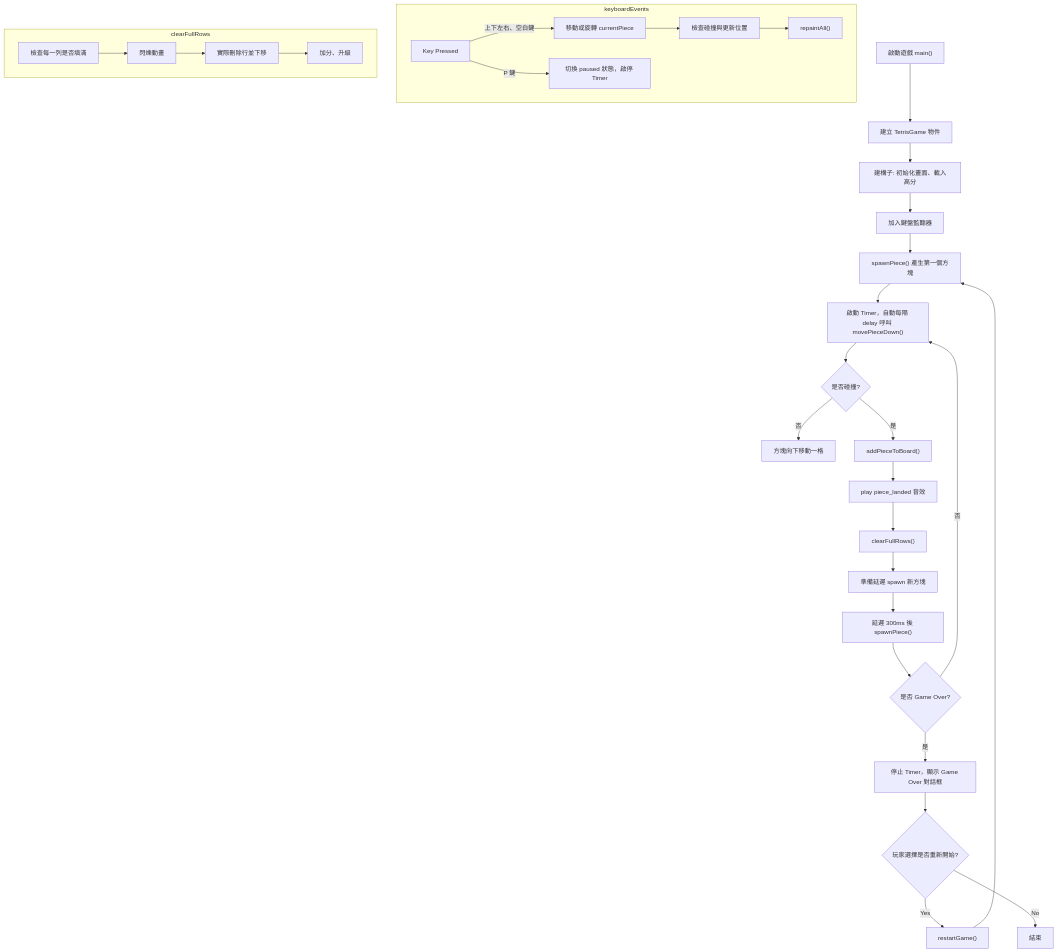
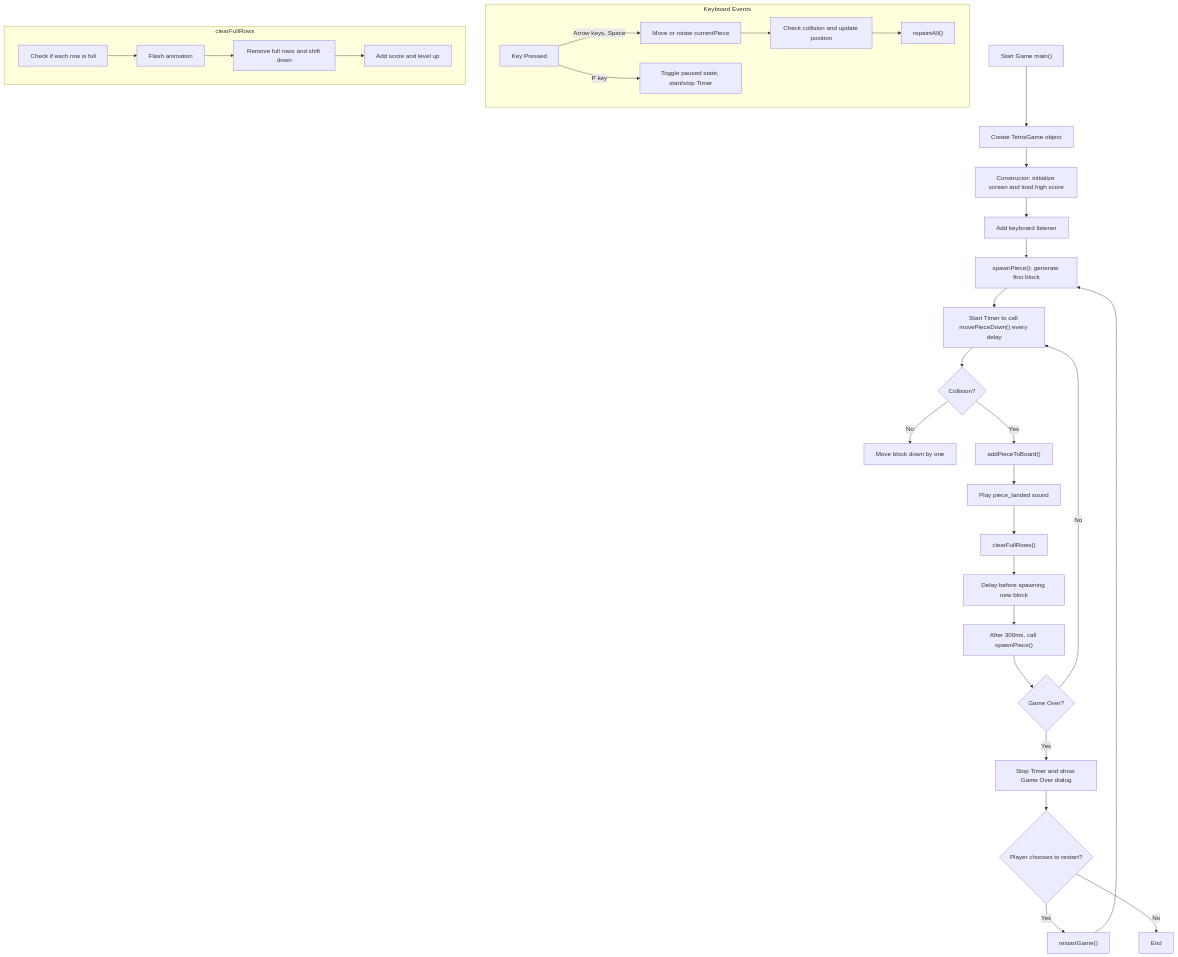
Before and after one commit to KamuiFan/JavaFinalProject: the diagram in README.md, drawn with Mermaid.

Commit message:
Update README.md
修改為英文

````diff
--- a/README.md
+++ b/README.md
@@ -1,39 +1,39 @@
 ```mermaid
 flowchart TD
-    A["啟動遊戲 main()"] --> B["建立 TetrisGame 物件"]
-    B --> C["建構子: 初始化畫面、載入高分"]
-    C --> D["加入鍵盤監聽器"]
-    D --> E["spawnPiece() 產生第一個方塊"]
-    E --> F["啟動 Timer，自動每隔 delay 呼叫 movePieceDown()"]
+    A["Start Game main()"] --> B["Create TetrisGame object"]
+    B --> C["Constructor: initialize screen and load high score"]
+    C --> D["Add keyboard listener"]
+    D --> E["spawnPiece(): generate first block"]
+    E --> F["Start Timer to call movePieceDown() every delay"]
 
-    subgraph keyboardEvents
-        K1["Key Pressed"] --> |上下左右、空白鍵| K2["移動或旋轉 currentPiece"]
-        K2 --> K3["檢查碰撞與更新位置"]
+    subgraph Keyboard Events
+        K1["Key Pressed"] --> |Arrow keys, Space| K2["Move or rotate currentPiece"]
+        K2 --> K3["Check collision and update position"]
         K3 --> K4["repaintAll()"]
-        K1 --> |P 鍵| K5["切換 paused 狀態，啟停 Timer"]
+        K1 --> |P key| K5["Toggle paused state, start/stop Timer"]
     end
 
-    F --> G{是否碰撞?}
-    G --> |否| H["方塊向下移動一格"]
-    G --> |是| I["addPieceToBoard()"]
-    I --> J["play piece_landed 音效"]
+    F --> G{Collision?}
+    G --> |No| H["Move block down by one"]
+    G --> |Yes| I["addPieceToBoard()"]
+    I --> J["Play piece_landed sound"]
     J --> K["clearFullRows()"]
-    K --> L["準備延遲 spawn 新方塊"]
+    K --> L["Delay before spawning new block"]
 
-    L --> M["延遲 300ms 後 spawnPiece()"]
-    M --> N{是否 Game Over?}
-    N --> |否| F
-    N --> |是| O["停止 Timer，顯示 Game Over 對話框"]
+    L --> M["After 300ms, call spawnPiece()"]
+    M --> N{Game Over?}
+    N --> |No| F
+    N --> |Yes| O["Stop Timer and show Game Over dialog"]
 
-    O --> P{玩家選擇是否重新開始?}
+    O --> P{Player chooses to restart?}
     P --> |Yes| Q["restartGame()"]
     Q --> E
-    P --> |No| R["結束"]
+    P --> |No| R["End"]
 
     subgraph clearFullRows
-        K1c["檢查每一列是否填滿"] --> K2c["閃爍動畫"]
-        K2c --> K3c["實際刪除行並下移"]
-        K3c --> K4c["加分、升級"]
+        K1c["Check if each row is full"] --> K2c["Flash animation"]
+        K2c --> K3c["Remove full rows and shift down"]
+        K3c --> K4c["Add score and level up"]
     end
 
 ```
````
